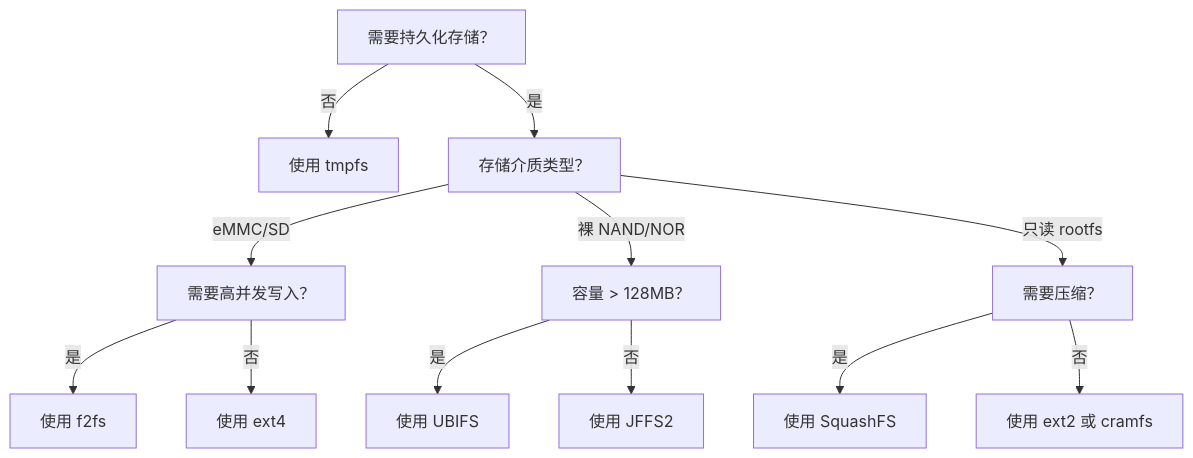
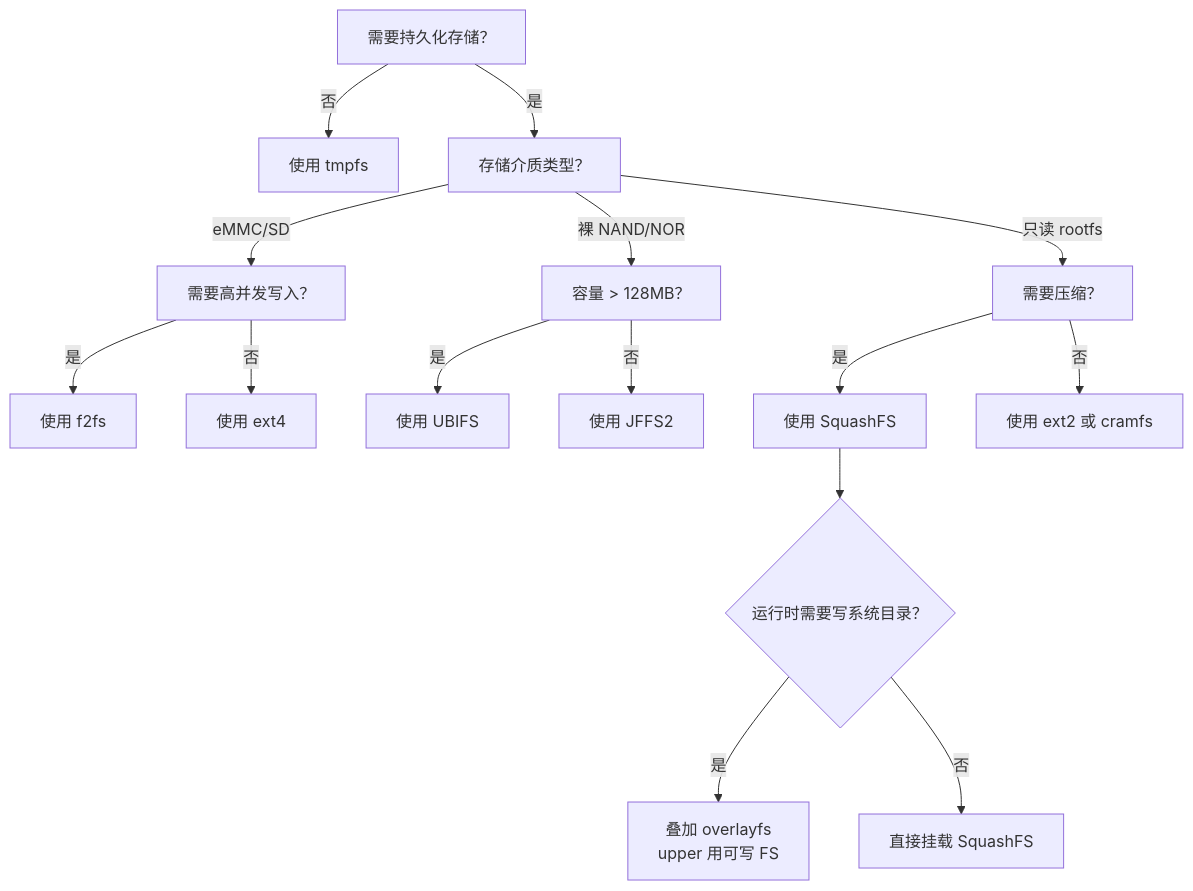
Before and after one commit to xiaohong0925/Embedded_Knowledge_System_V2026: the second of 2 diagrams in docs/02-核心机制深度解析/第12章 文件系统/12.3.4_其他文件系统简介.md, drawn with Mermaid. The commit also changed other lines of this file and 63 other files, not shown here.

````diff
--- a/docs/02-核心机制深度解析/第12章 文件系统/12.3.4_其他文件系统简介.md
+++ b/docs/02-核心机制深度解析/第12章 文件系统/12.3.4_其他文件系统简介.md
@@ -27,14 +94,17 @@
 ```mermaid
 flowchart TD
     A[需要持久化存储？] -->|否| B[使用 tmpfs]
     A -->|是| C[存储介质类型？]
     C -->|eMMC/SD| D[需要高并发写入？]
     D -->|是| E[使用 f2fs]
     D -->|否| F[使用 ext4]
     C -->|裸 NAND/NOR| G[容量 > 128MB？]
     G -->|是| H[使用 UBIFS]
     G -->|否| I[使用 JFFS2]
     C -->|只读 rootfs| J[需要压缩？]
     J -->|是| K[使用 SquashFS]
     J -->|否| L[使用 ext2 或 cramfs]
+    K --> M{运行时需要写系统目录？}
+    M -->|是| N[叠加 overlayfs<br/>upper 用可写 FS]
+    M -->|否| O[直接挂载 SquashFS]
 ```
````
